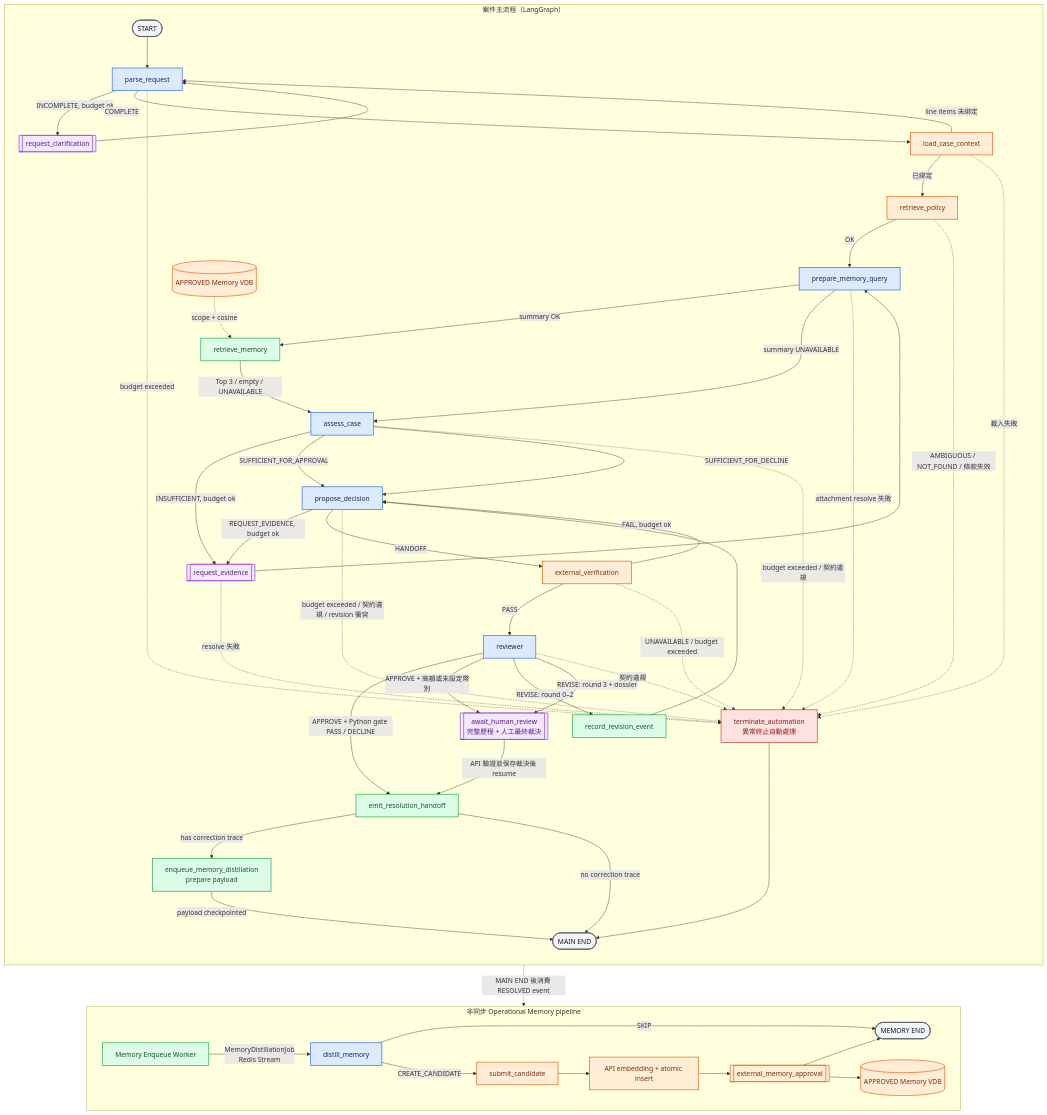
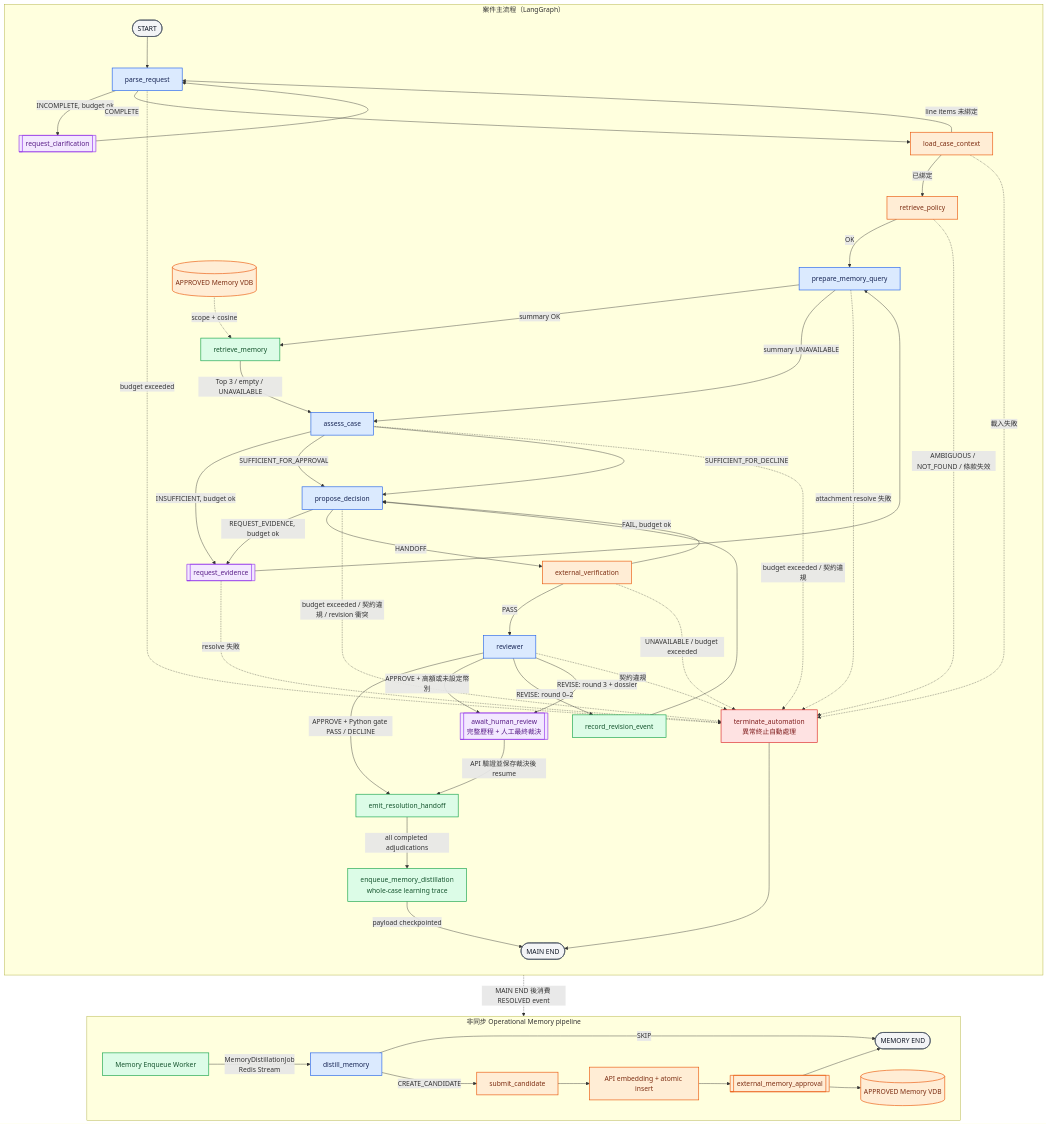
Before and after one commit to michael3abc/2026ShopeeHachathonteam27: the diagram in docs/spec/01-agent-graph.md, drawn with Mermaid. The commit also changed other lines of this file and 73 other files, not shown here.

Commit message:
feat(memory): distill whole-case learning with bounded provenance

````diff
--- a/docs/spec/01-agent-graph.md
+++ b/docs/spec/01-agent-graph.md
@@ -7,75 +7,74 @@
 ```mermaid
 flowchart TD
     subgraph MAIN["案件主流程（LangGraph）"]
         direction TD
         START([START]) --> PARSE[parse_request]
         PARSE -->|INCOMPLETE, budget ok| CLARIFY[[request_clarification]]
         CLARIFY --> PARSE
         PARSE -->|COMPLETE| CONTEXT[load_case_context]
         CONTEXT -->|line items 未綁定| PARSE
         CONTEXT -->|已綁定| POLICY[retrieve_policy]
         POLICY -->|OK| PREPARE[prepare_memory_query]
         PREPARE -->|summary OK| RETRIEVE_MEM[retrieve_memory]
         PREPARE -->|summary UNAVAILABLE| ASSESS
         PREPARE -.->|attachment resolve 失敗| MANUAL
         MEMORY_SOURCE[(APPROVED Memory VDB)] -.->|scope + cosine| RETRIEVE_MEM
         RETRIEVE_MEM -->|Top 3 / empty / UNAVAILABLE| ASSESS[assess_case]
         ASSESS -->|INSUFFICIENT, budget ok| EVIDENCE[[request_evidence]]
         EVIDENCE --> PREPARE
         ASSESS -->|SUFFICIENT_FOR_APPROVAL| PROPOSE[propose_decision]
         ASSESS -->|SUFFICIENT_FOR_DECLINE| PROPOSE
         PROPOSE -->|REQUEST_EVIDENCE, budget ok| EVIDENCE
         PROPOSE -->|HANDOFF| VERIFY[external_verification]
         VERIFY -->|PASS| REVIEW[reviewer]
         VERIFY -->|FAIL, budget ok| PROPOSE
         REVIEW -->|APPROVE + Python gate PASS / DECLINE| OUT[emit_resolution_handoff]
         REVIEW -->|APPROVE + 高額或未設定幣別| HUMAN
         REVIEW -->|REVISE: round 0–2| EVENT[record_revision_event]
         EVENT --> PROPOSE
         REVIEW -->|REVISE: round 3 + dossier| HUMAN[[await_human_review<br/>完整歷程 + 人工最終裁決]]
         HUMAN -->|API 驗證並保存裁決後 resume| OUT
-        OUT -->|has correction trace| ENQUEUE[enqueue_memory_distillation<br/>prepare payload]
-        OUT -->|no correction trace| END([MAIN END])
-        ENQUEUE -->|payload checkpointed| END
+        OUT -->|all completed adjudications| ENQUEUE[enqueue_memory_distillation<br/>whole-case learning trace]
+        ENQUEUE -->|payload checkpointed| END([MAIN END])
 
         PARSE -.->|budget exceeded| MANUAL[terminate_automation<br/>異常終止自動處理]
         CONTEXT -.->|載入失敗| MANUAL
         POLICY -.->|AMBIGUOUS / NOT_FOUND / 條款失效| MANUAL
         ASSESS -.->|budget exceeded / 契約違規| MANUAL
         EVIDENCE -.->|resolve 失敗| MANUAL
         PROPOSE -.->|budget exceeded / 契約違規 / revision 衝突| MANUAL
         VERIFY -.->|UNAVAILABLE / budget exceeded| MANUAL
         REVIEW -.->|契約違規| MANUAL
         MANUAL --> END
     end
 
     subgraph MEMORY_PIPELINE["非同步 Operational Memory pipeline"]
         direction LR
         FANOUT[Memory Enqueue Worker]
         DISTILL[distill_memory]
         FANOUT -->|MemoryDistillationJob<br/>Redis Stream| DISTILL
         DISTILL -->|CREATE_CANDIDATE| SUBMIT[submit_candidate]
         DISTILL -->|SKIP| MEMORY_END([MEMORY END])
         SUBMIT --> EMBED[API embedding + atomic insert]
         EMBED --> APPROVAL[[external_memory_approval]]
         APPROVAL --> VDB[(APPROVED Memory VDB)]
 
         APPROVAL --> MEMORY_END
     end
 
     ENQUEUE -.->|MAIN END 後消費 RESOLVED event| FANOUT
 
     classDef llm fill:#DBEAFE,stroke:#2563EB,color:#172554,stroke-width:1.5px
     classDef deterministic fill:#DCFCE7,stroke:#16A34A,color:#14532D,stroke-width:1.5px
     classDef external fill:#FFEDD5,stroke:#EA580C,color:#7C2D12,stroke-width:1.5px
     classDef interrupt fill:#F3E8FF,stroke:#9333EA,color:#581C87,stroke-width:1.5px
     classDef failure fill:#FEE2E2,stroke:#DC2626,color:#7F1D1D,stroke-width:1.5px
     classDef terminal fill:#F3F4F6,stroke:#4B5563,color:#111827,stroke-width:1.5px
 
     class PARSE,PREPARE,ASSESS,PROPOSE,REVIEW,DISTILL llm
     class RETRIEVE_MEM,EVENT,OUT,ENQUEUE,FANOUT deterministic
     class CONTEXT,POLICY,VERIFY,SUBMIT,EMBED,APPROVAL,VDB,MEMORY_SOURCE external
     class CLARIFY,EVIDENCE,HUMAN interrupt
     class MANUAL failure
     class START,END,MEMORY_END terminal
 ```
````
